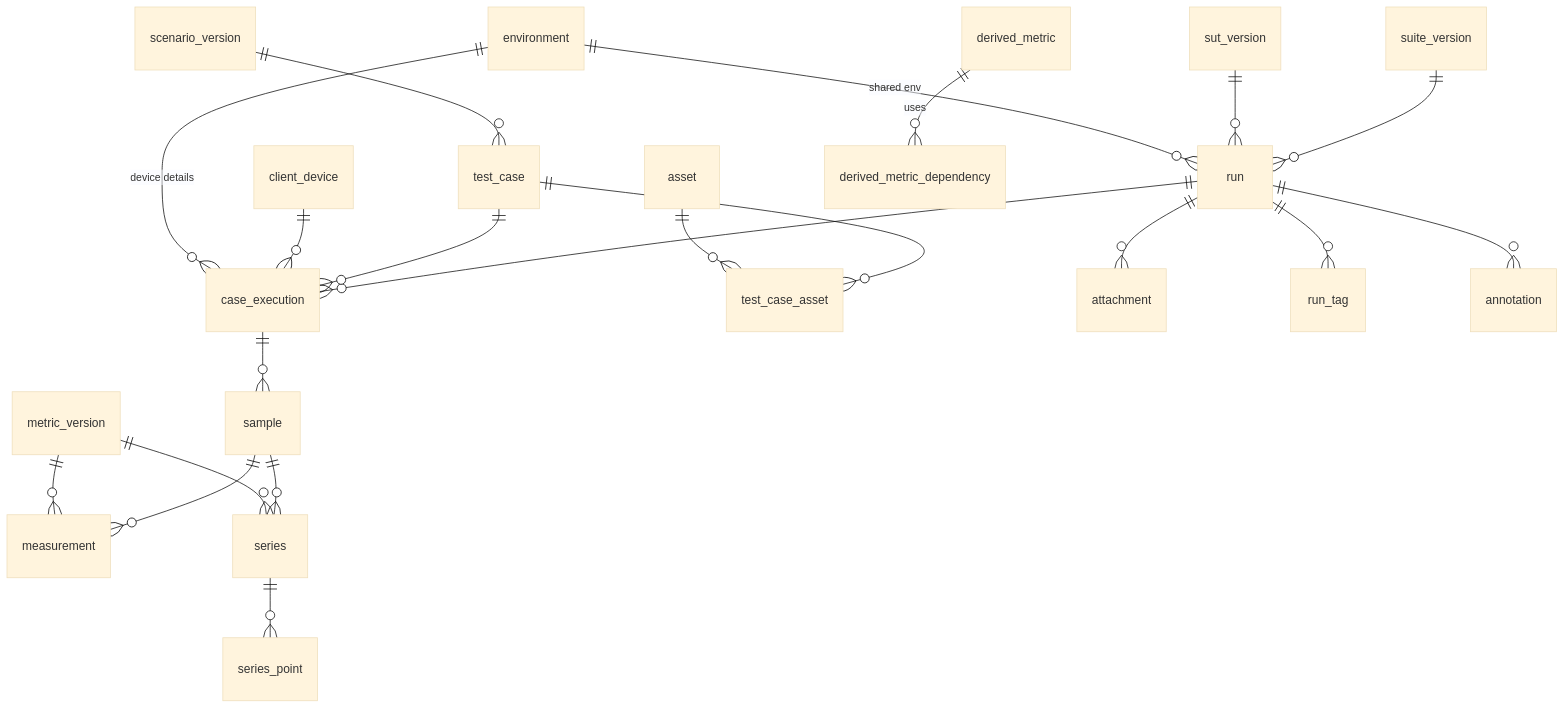
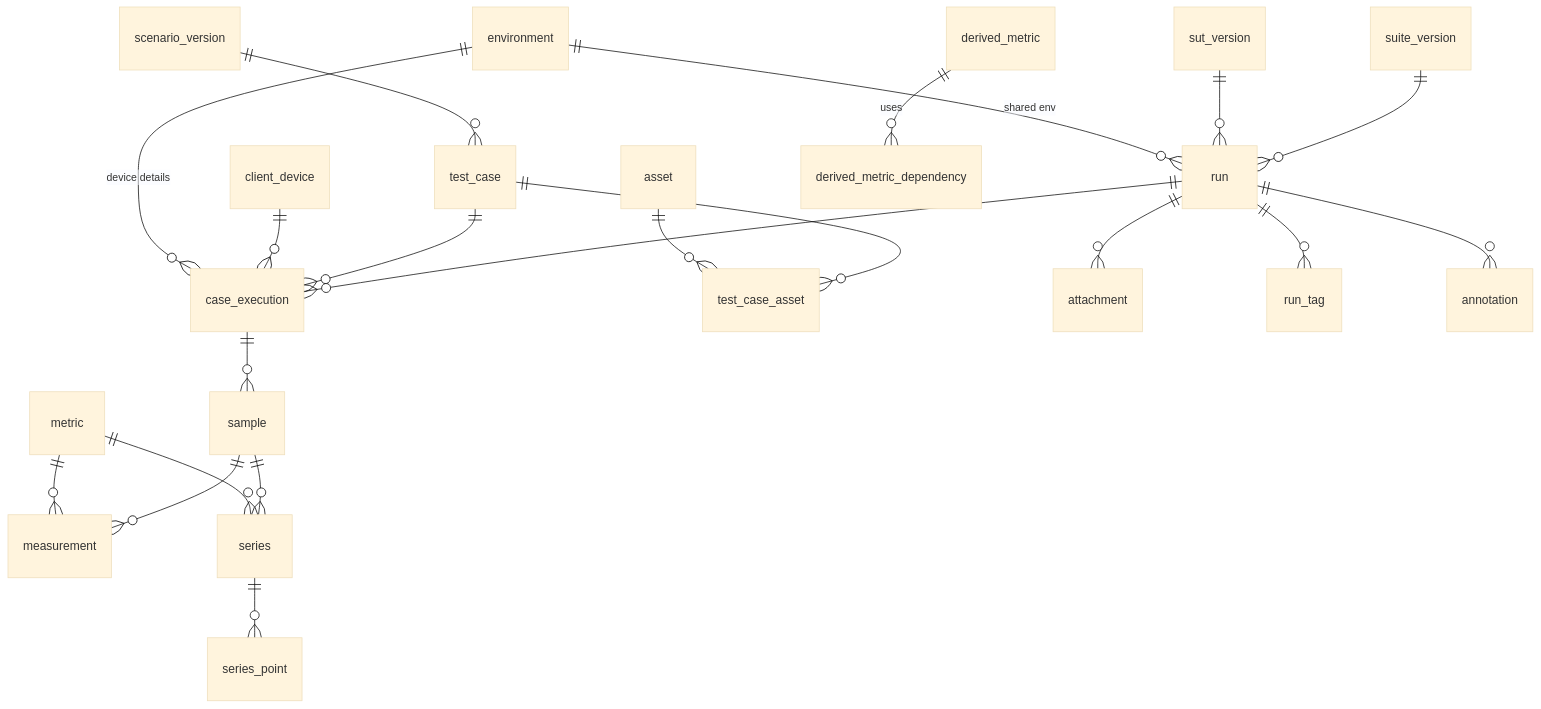
One commit to sraesch/track-record changed the diagram in db/README.md. Above: the diagram before and after it, drawn with Mermaid (base theme). The commit also changed other lines of this file and 53 other files, not shown here.

````diff
--- a/db/README.md
+++ b/db/README.md
@@ -98,23 +98,23 @@
 ```mermaid
 erDiagram
     suite_version ||--o{ run : ""
     sut_version ||--o{ run : ""
     environment ||--o{ run : "shared env"
     run ||--o{ case_execution : ""
     test_case ||--o{ case_execution : ""
     client_device ||--o{ case_execution : ""
     environment ||--o{ case_execution : "device details"
     scenario_version ||--o{ test_case : ""
     test_case ||--o{ test_case_asset : ""
     asset ||--o{ test_case_asset : ""
     case_execution ||--o{ sample : ""
     sample ||--o{ measurement : ""
     sample ||--o{ series : ""
     series ||--o{ series_point : ""
-    metric_version ||--o{ measurement : ""
-    metric_version ||--o{ series : ""
+    metric ||--o{ measurement : ""
+    metric ||--o{ series : ""
     derived_metric ||--o{ derived_metric_dependency : "uses"
     run ||--o{ attachment : ""
     run ||--o{ run_tag : ""
     run ||--o{ annotation : ""
 ```
````
